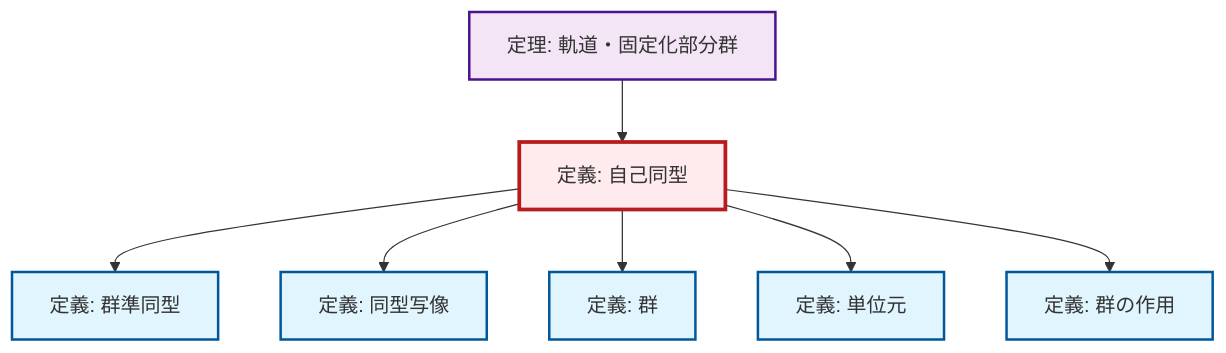
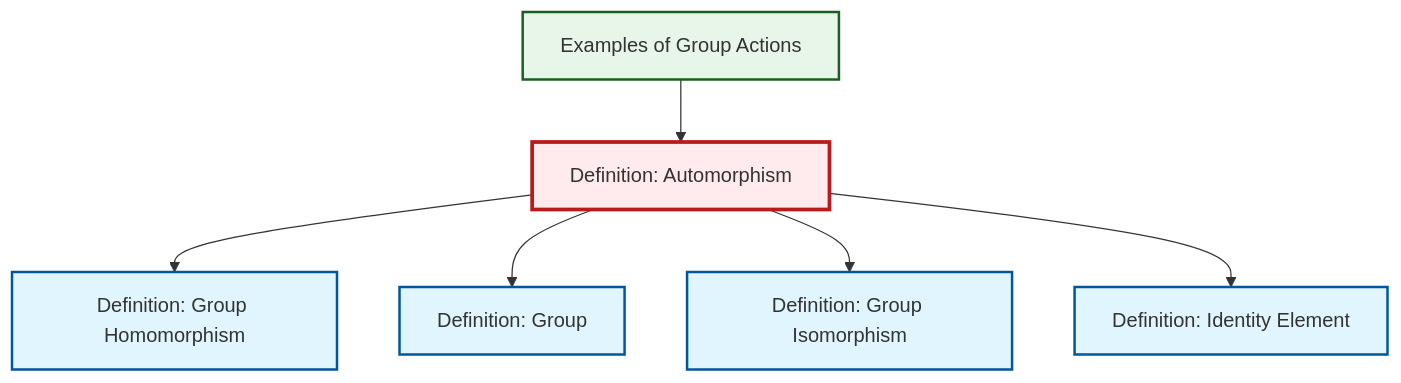
Before and after one commit to RK0429/ModernMath: the diagram in content/ja/algebra/def-automorphism.qmd, drawn with Mermaid. The commit also changed other lines of this file and 581 other files, not shown here.

````diff
--- a/content/ja/algebra/def-automorphism.qmd
+++ b/content/ja/algebra/def-automorphism.qmd
@@ -100,29 +101,26 @@
 ```{mermaid}
 %%| fig-cap: "Local dependency graph"
 graph TD
     classDef definition fill:#e1f5fe,stroke:#01579b,stroke-width:2px
     classDef theorem fill:#f3e5f5,stroke:#4a148c,stroke-width:2px
     classDef axiom fill:#fff3e0,stroke:#e65100,stroke-width:2px
     classDef example fill:#e8f5e9,stroke:#1b5e20,stroke-width:2px
     classDef current fill:#ffebee,stroke:#b71c1c,stroke-width:3px
-    def-automorphism["定義: 自己同型"]:::definition
-    def-homomorphism["定義: 群準同型"]:::definition
-    def-isomorphism["定義: 同型写像"]:::definition
-    def-group["定義: 群"]:::definition
-    def-identity-element["定義: 単位元"]:::definition
-    def-group-action["定義: 群の作用"]:::definition
-    thm-orbit-stabilizer["定理: 軌道・固定化部分群"]:::theorem
+    def-isomorphism["Definition: Group Isomorphism"]:::definition
+    ex-group-action-examples["Examples of Group Actions"]:::example
+    def-identity-element["Definition: Identity Element"]:::definition
+    def-group["Definition: Group"]:::definition
+    def-automorphism["Definition: Automorphism"]:::definition
+    def-homomorphism["Definition: Group Homomorphism"]:::definition
     def-automorphism --> def-homomorphism
+    def-automorphism --> def-group
+    ex-group-action-examples --> def-automorphism
     def-automorphism --> def-isomorphism
-    def-automorphism --> def-group
     def-automorphism --> def-identity-element
-    def-automorphism --> def-group-action
-    thm-orbit-stabilizer --> def-automorphism
     class def-automorphism current
-    click def-homomorphism "def-homomorphism.html" "群準同型の定義へ"
-    click def-isomorphism "def-isomorphism.html" "同型写像の定義へ"
-    click def-group "def-group.html" "群の定義へ"
-    click def-identity-element "def-identity-element.html" "単位元の定義へ"
-    click def-group-action "def-group-action.html" "群の作用の定義へ"
-    click thm-orbit-stabilizer "thm-orbit-stabilizer.html" "軌道・固定化部分群の定理へ"
+    click def-isomorphism "def-isomorphism.html" "Definition: Group Isomorphismへ"
+    click ex-group-action-examples "ex-group-action-examples.html" "Examples of Group Actionsへ"
+    click def-identity-element "def-identity-element.html" "Definition: Identity Elementへ"
+    click def-group "def-group.html" "Definition: Groupへ"
+    click def-homomorphism "def-homomorphism.html" "Definition: Group Homomorphismへ"
 ```
````
